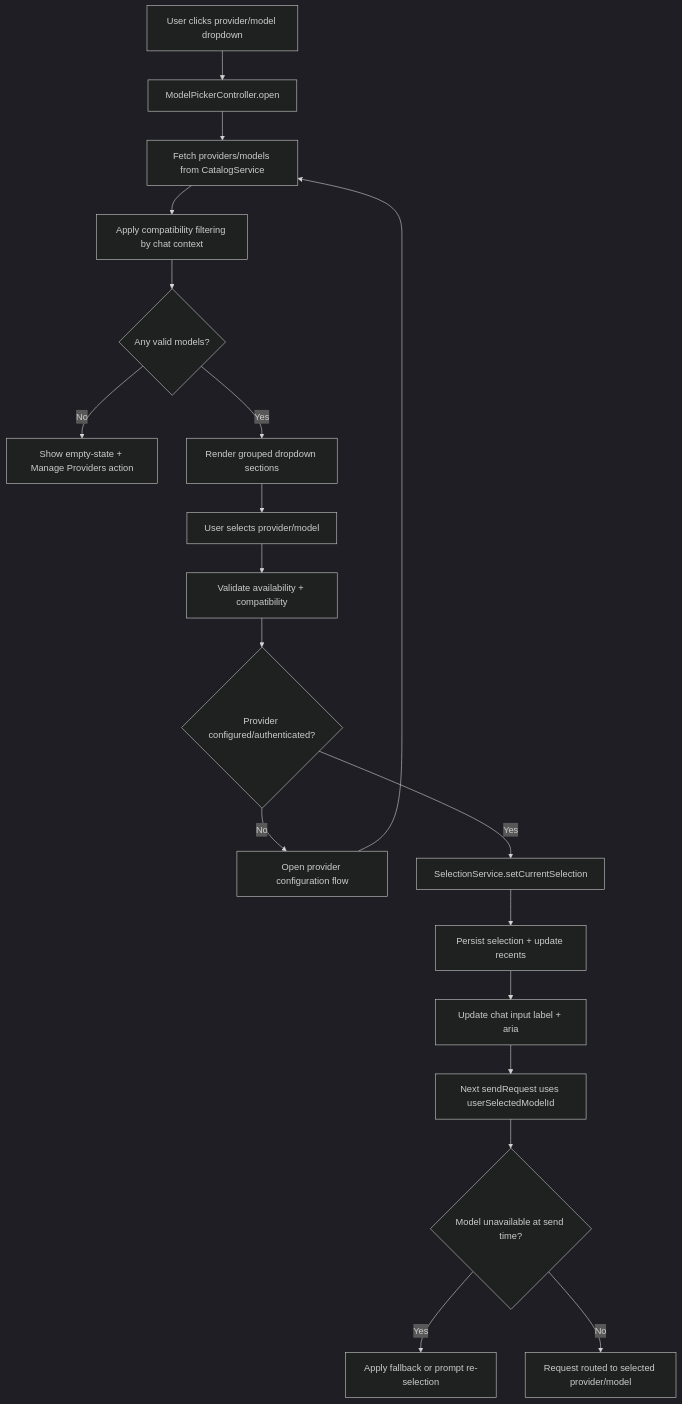
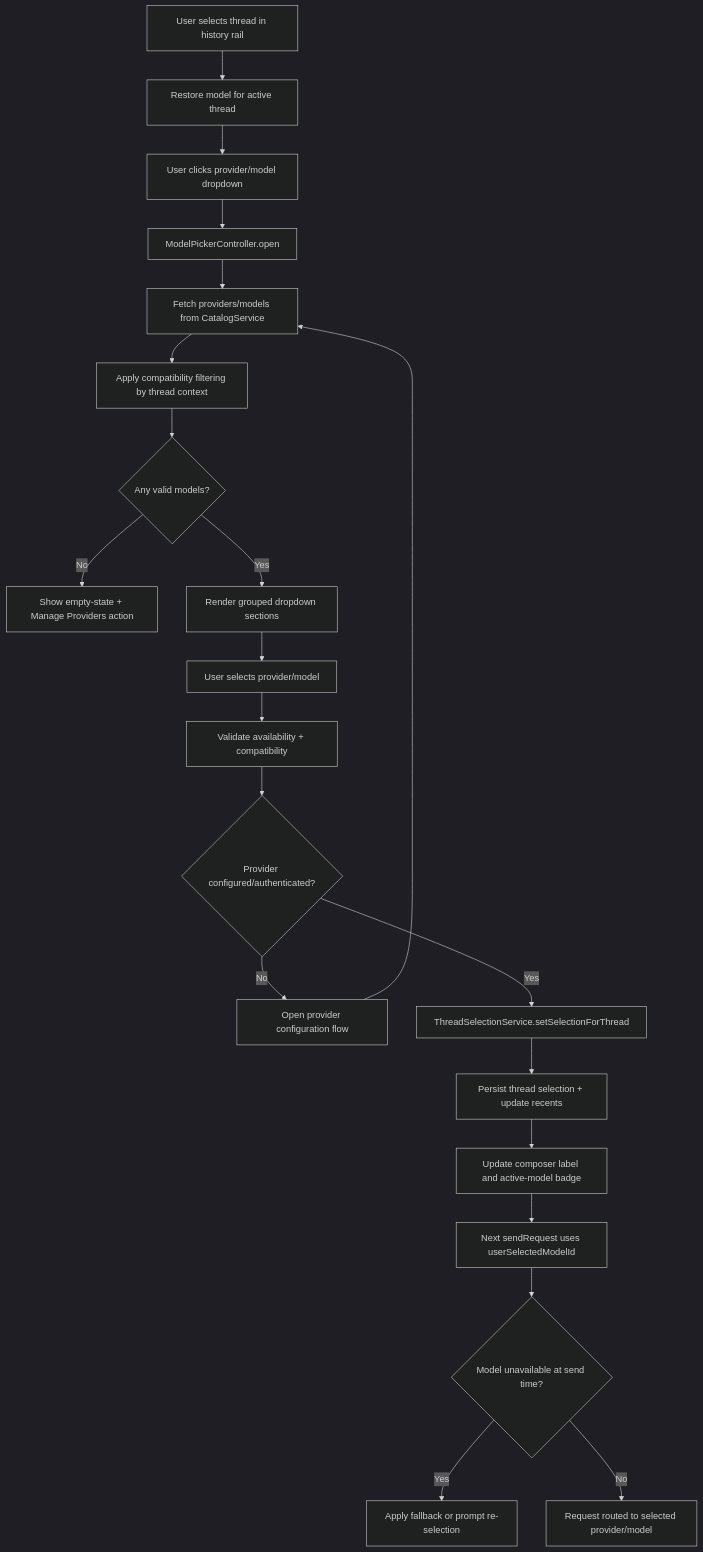
Before and after one commit to BrandonHowe/cs485-llm-ide: the diagram in cs485/diagrams/userstory3/flow-chart-1.mmd, drawn with Mermaid (dark theme). The commit also changed 30 other files, not shown here.

```diff
--- a/cs485/diagrams/userstory3/flow-chart-1.mmd
+++ b/cs485/diagrams/userstory3/flow-chart-1.mmd
@@ -1,19 +1,21 @@
 flowchart TD
-  A[User clicks provider/model dropdown] --> B[ModelPickerController.open]
-  B --> C[Fetch providers/models from CatalogService]
-  C --> D[Apply compatibility filtering by chat context]
-  D --> E{Any valid models?}
-  E -- No --> F[Show empty-state + Manage Providers action]
-  E -- Yes --> G[Render grouped dropdown sections]
-  G --> H[User selects provider/model]
-  H --> I[Validate availability + compatibility]
-  I --> J{Provider configured/authenticated?}
-  J -- No --> K[Open provider configuration flow]
-  K --> C
-  J -- Yes --> L[SelectionService.setCurrentSelection]
-  L --> M[Persist selection + update recents]
-  M --> N[Update chat input label + aria]
-  N --> O[Next sendRequest uses userSelectedModelId]
-  O --> P{Model unavailable at send time?}
-  P -- Yes --> Q[Apply fallback or prompt re-selection]
-  P -- No --> R[Request routed to selected provider/model]
+  A[User selects thread in history rail] --> B[Restore model for active thread]
+  B --> C[User clicks provider/model dropdown]
+  C --> D[ModelPickerController.open]
+  D --> E[Fetch providers/models from CatalogService]
+  E --> F[Apply compatibility filtering by thread context]
+  F --> G{Any valid models?}
+  G -- No --> H[Show empty-state + Manage Providers action]
+  G -- Yes --> I[Render grouped dropdown sections]
+  I --> J[User selects provider/model]
+  J --> K[Validate availability + compatibility]
+  K --> L{Provider configured/authenticated?}
+  L -- No --> M[Open provider configuration flow]
+  M --> E
+  L -- Yes --> N[ThreadSelectionService.setSelectionForThread]
+  N --> O[Persist thread selection + update recents]
+  O --> P[Update composer label and active-model badge]
+  P --> Q[Next sendRequest uses userSelectedModelId]
+  Q --> R{Model unavailable at send time?}
+  R -- Yes --> S[Apply fallback or prompt re-selection]
+  R -- No --> T[Request routed to selected provider/model]
```
